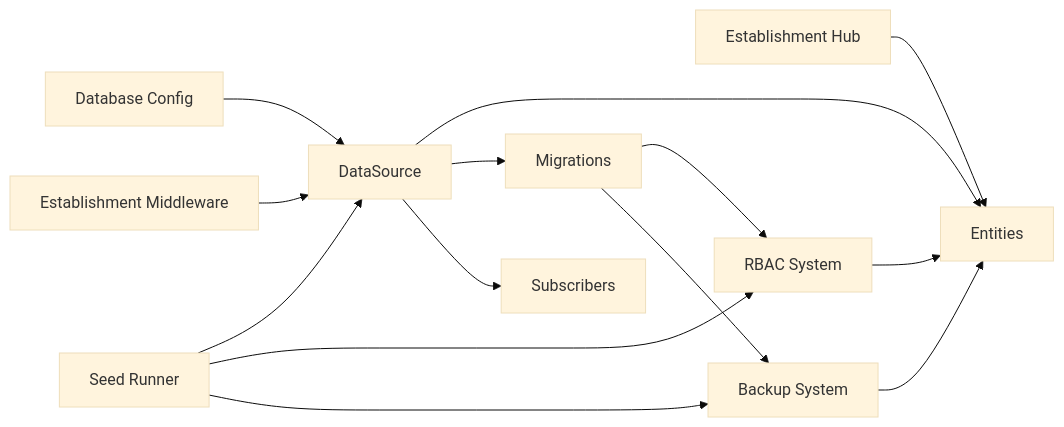
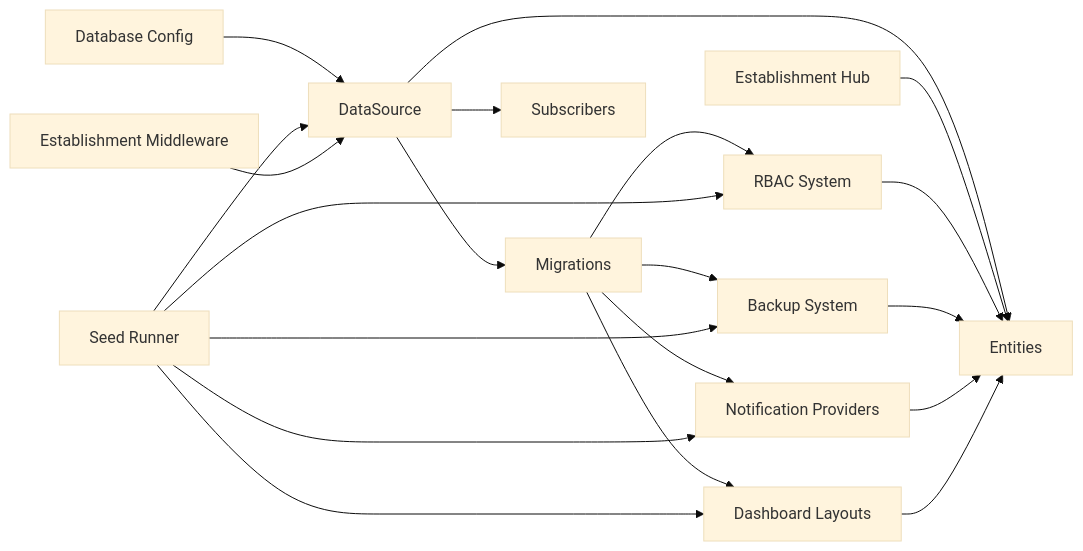
The seventh of 8 diagrams in .qoder/repowiki/en/content/Database Schema & Data Model/Database Schema & Data Model.md (franckylab/eLISAschool), drawn with Mermaid (base theme) before and after one commit. The commit also changed other lines of this file and 390 other files, not shown here.

````diff
--- a/.qoder/repowiki/en/content/Database Schema & Data Model/Database Schema & Data Model.md
+++ b/.qoder/repowiki/en/content/Database Schema & Data Model/Database Schema & Data Model.md
@@ -713,16 +1041,22 @@
 ```mermaid
 graph LR
 CFG["Database Config"] --> DS["DataSource"]
 DS --> ENT["Entities"]
 DS --> MIG["Migrations"]
 DS --> SUB["Subscribers"]
 SEED["Seed Runner"] --> DS
 ETAB["Establishment Hub"] --> ENT
 MWARE["Establishment Middleware"] --> DS
 RBAC["RBAC System"] --> ENT
 BACKUP["Backup System"] --> ENT
+NOTIFS["Notification Providers"] --> ENT
+DASH["Dashboard Layouts"] --> ENT
 MIG --> RBAC
 MIG --> BACKUP
+MIG --> NOTIFS
+MIG --> DASH
 SEED --> RBAC
 SEED --> BACKUP
+SEED --> NOTIFS
+SEED --> DASH
 ```
````
